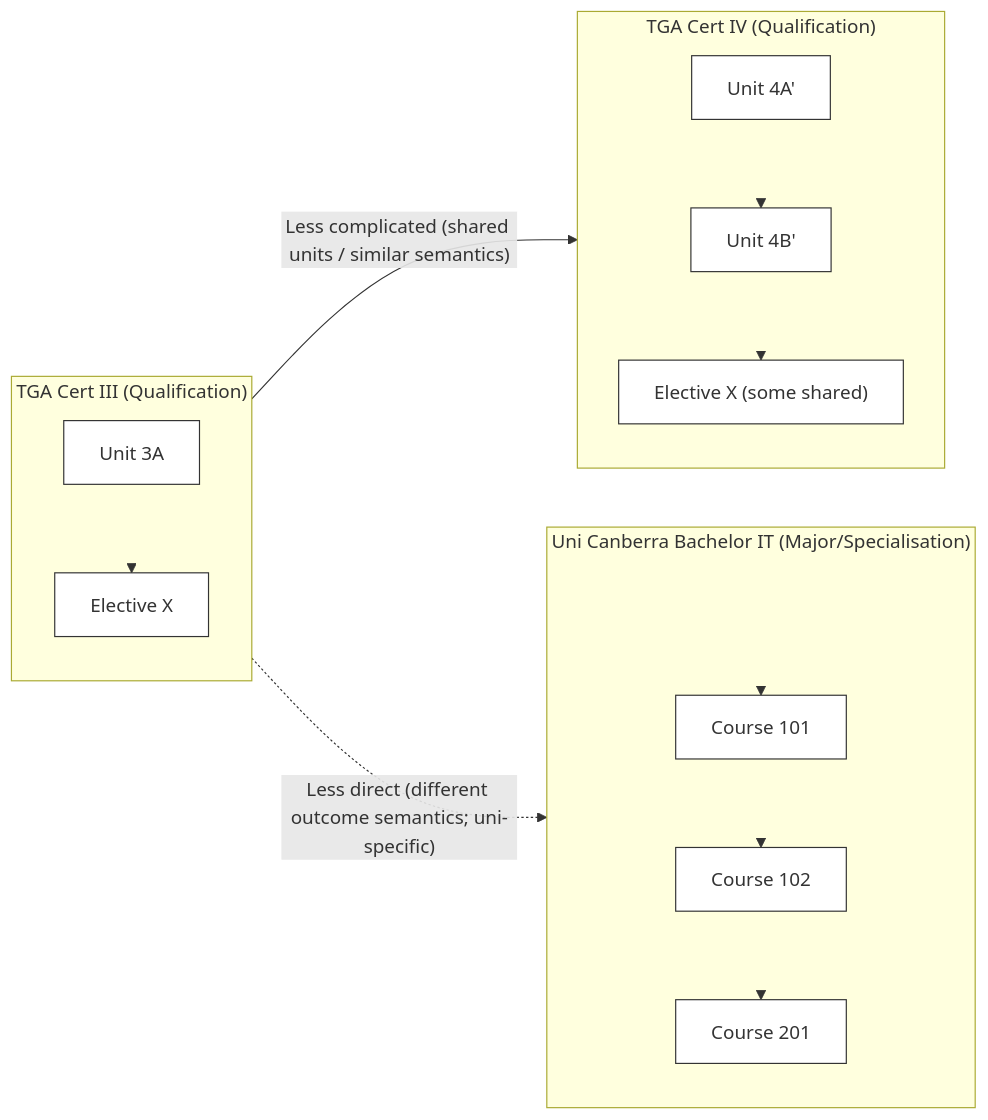
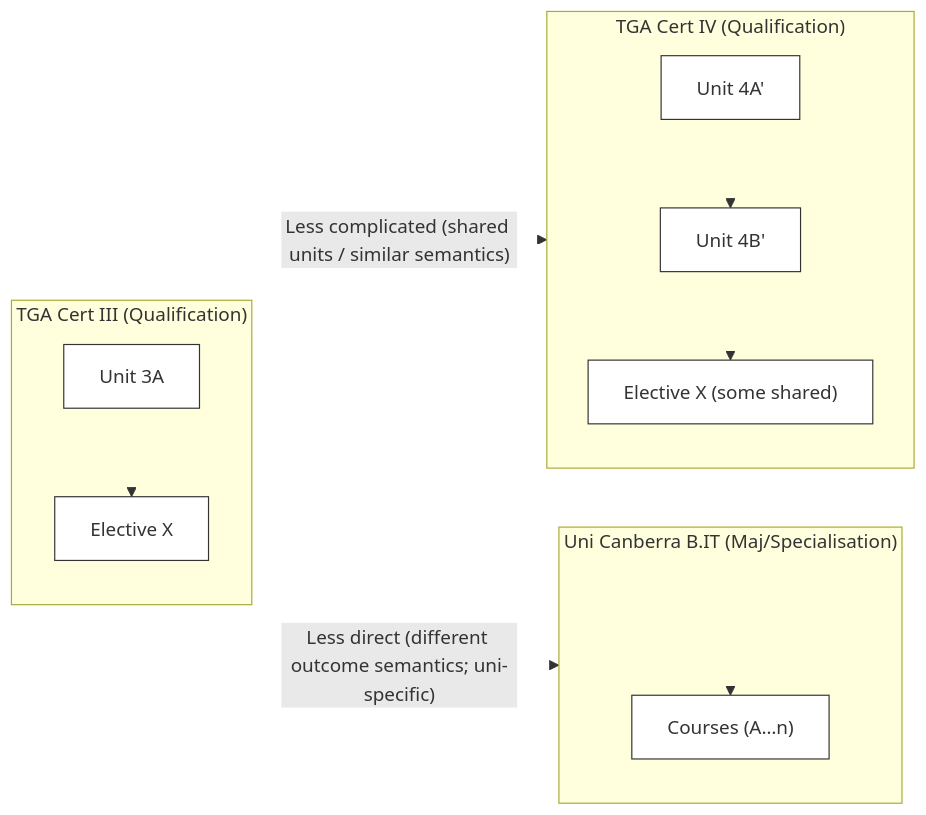
One commit to leskneebone/skills-SPARQL changed the first of 3 diagrams in reports/creditTransferModels.md. Above: the diagram before and after it, drawn with Mermaid.

````diff
--- a/reports/creditTransferModels.md
+++ b/reports/creditTransferModels.md
@@ -1,36 +1,33 @@
 ```mermaid
 flowchart LR
   %% Diagram 1 — direct mappings (VET↔VET easier than VET↔HE)
 
   subgraph CertIII["TGA Cert III (Qualification)"]
     C3a["Unit 3A"]:::unit
     C3d["Elective X"]:::unit
     C3a --> C3d
   end
 
   subgraph CertIV["TGA Cert IV (Qualification)"]
     C4a["Unit 4A'"]:::unit
     C4b["Unit 4B'"]:::unit
     C4x["Elective X (some shared)"]:::unit
     C4a --> C4b
     C4b --> C4x
   end
 
-  subgraph UCBIT["Uni Canberra Bachelor IT (Major/Specialisation)"]
+  subgraph UCBIT["Uni Canberra B.IT (Maj/Specialisation)"]
     spacer[" "]:::spacer
-    UC1["Course 101"]:::unit
-    UC2["Course 102"]:::unit
-    UC3["Course 201"]:::unit
-    spacer --> UC1
-    UC1 --> UC2 --> UC3
+    UC["Courses (A…n)"]:::unit
+    spacer --> UC
   end
 
   CertIII -- "Less complicated (shared units / similar semantics)" --> CertIV
   CertIII -. "Less direct (different outcome semantics; uni-specific)" .-> UCBIT
 
   classDef unit fill:#fff,stroke:#333,stroke-width:1px;
   classDef spacer fill:none,stroke:none;
 
   %% Hide the internal “stacking” links (indices 0..5)
   linkStyle 0,1,2,3,4,5 stroke-width:0px;
 ```
````
